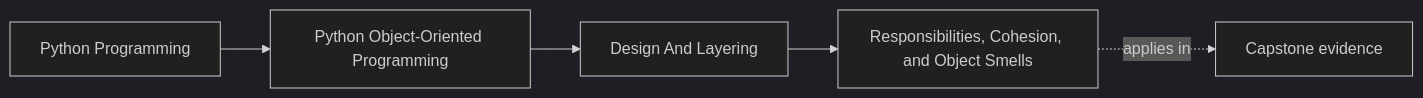
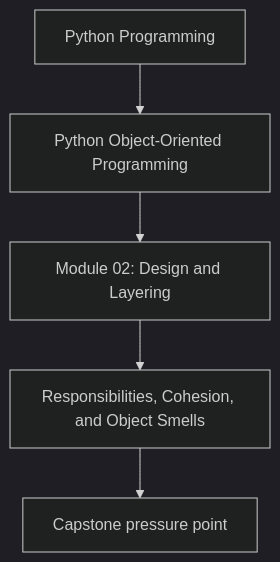
One commit to bijux/bijux-masterclass changed the first of 2 diagrams in programs/python-programming/python-object-oriented-programming/course-book/module-02-design-and-layering/responsibilities-cohesion-and-object-smells.md. Above: the diagram before and after it, drawn with Mermaid (dark theme). The commit also changed other lines of this file and 107 other files, not shown here.

Commit message:
docs(python-object-oriented-programming): align concept page diagrams

````diff
--- a/programs/python-programming/python-object-oriented-programming/course-book/module-02-design-and-layering/responsibilities-cohesion-and-object-smells.md
+++ b/programs/python-programming/python-object-oriented-programming/course-book/module-02-design-and-layering/responsibilities-cohesion-and-object-smells.md
@@ -7,11 +7,7 @@
 ```mermaid
-graph LR
-  family["Python Programming"]
-  program["Python Object-Oriented Programming"]
-  section["Design And Layering"]
-  page["Responsibilities, Cohesion, and Object Smells"]
-  capstone["Capstone evidence"]
-
-  family --> program --> section --> page
-  page -.applies in.-> capstone
+flowchart TD
+  family["Python Programming"] --> program["Python Object-Oriented Programming"]
+  program --> module["Module 02: Design and Layering"]
+  module --> concept["Responsibilities, Cohesion, and Object Smells"]
+  concept --> capstone["Capstone pressure point"]
 ```
````
